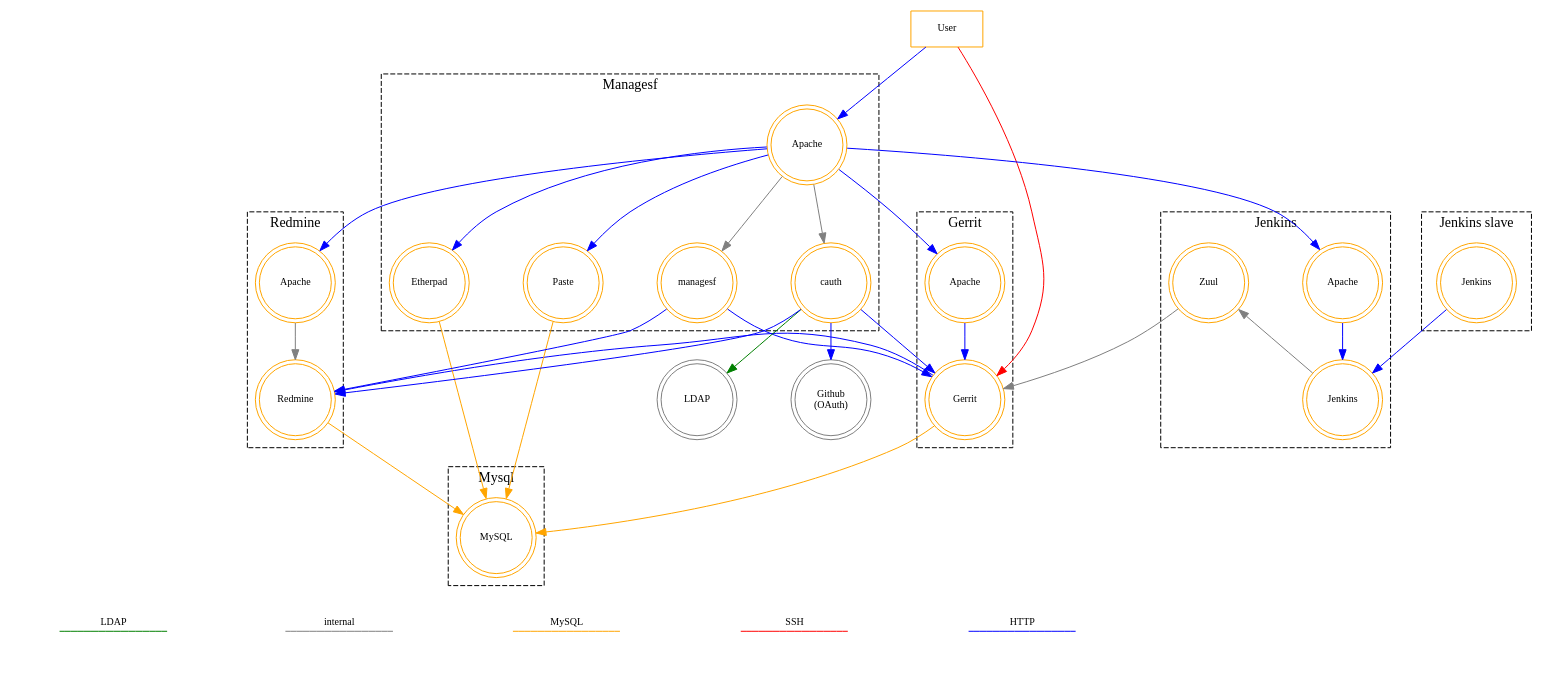
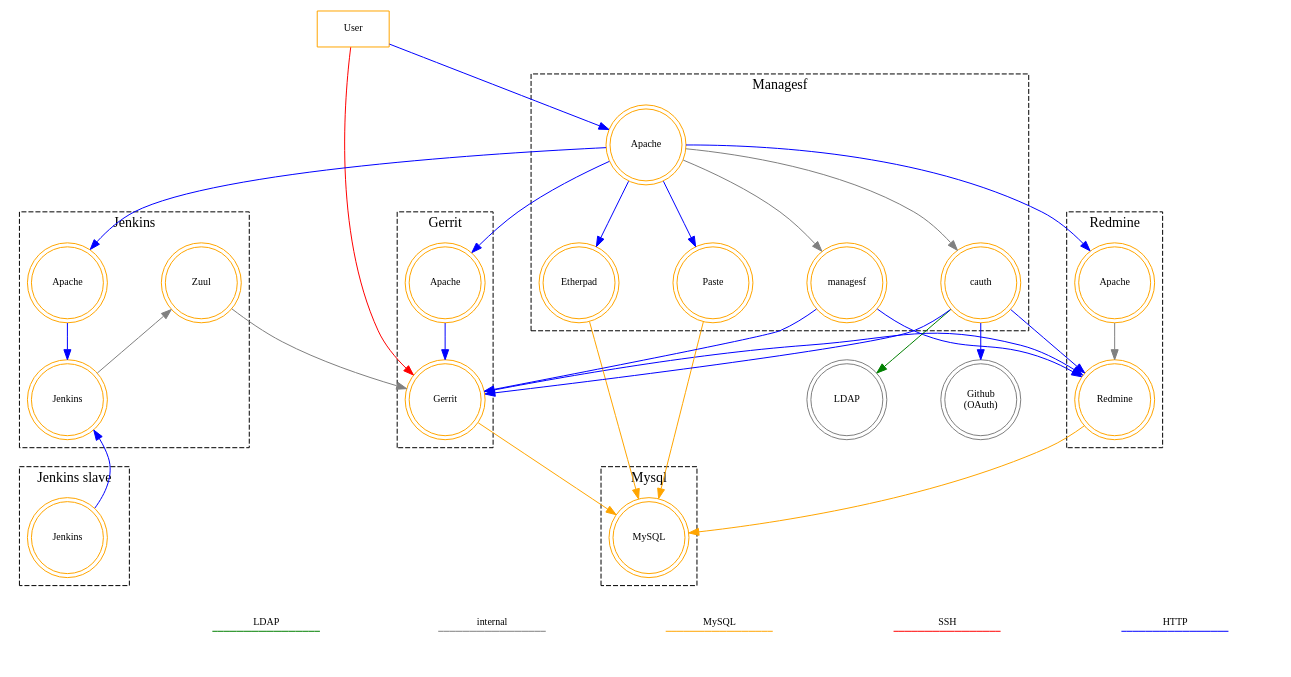
One commit to redhat-cip/software-factory changed the diagram in docs/components.dot. Above: the diagram before and after it, drawn with Graphviz. The commit also changed 2 other files, not shown here.

Commit message:
Improve graphs

```diff
--- a/docs/components.dot
+++ b/docs/components.dot
@@ -1,119 +1,120 @@
 digraph {
     # General settings
     nodesep = 0.75
     node [shape=doublecircle,color=orange,fontsize=10,width=1.0]
     edge [fontsize=10];
 
     # Node definitions
     "User" [shape=box];
     "LDAP" [color=gray];
     "Github" [color=gray label="Github\n(OAuth)"];
 
     subgraph cluster_agenda {
         # We fake an agenda here by making the nodes invisible,
         # showing only the edges with a label
         style=invis;
 
         node [fontsize=0 width=0 style=invis]
 
         {rank=same; h1; h2;}
         h1 -> h2 [label="HTTP" color="blue" dir=none];
 
         {rank=same; s1; s2;}
         s1 -> s2 [label="SSH" color="red" dir=none];
 
         {rank=same; m1; m2;}
         m1 -> m2 [label="MySQL" color="orange" dir=none];
 
         {rank=same; i1; i2;}
         i1 -> i2 [label="internal" color="gray" dir=none];
 
         {rank=same; l1; l2;}
         l1 -> l2 [label="LDAP" color="green" dir=none];
     }
 
     subgraph cluster_gerrit {
         style = dashed;
         label="Gerrit";
         "Gerrit";
         "GerritApache" [label="Apache"];
     }
 
     subgraph cluster_jenkins {
         style = dashed;
         label="Jenkins";
         "master" [label="Jenkins"];
         "JenkinsApache" [label="Apache"];
         "Zuul";
     }
 
     subgraph cluster_redmine {
         style = dashed;
         label="Redmine";
         "Redmine";
         "RedmineApache" [label="Apache"];
     }
 
     subgraph cluster_mysql {
         style = dashed;
         label="Mysql";
         "MySQL";
     }
 
     subgraph cluster_slave {
         style = dashed;
         label="Jenkins slave";
         "slave" [label="Jenkins"];
     }
 
     subgraph cluster_managesf {
         style = dashed;
         label="Managesf";
         "Apache";
         "Etherpad";
         "Paste";
         "managesf";
         "cauth";
     }
 
     # Now all the connections (edges) between the nodes
 
     edge [color=blue];
     "User" -> "Apache";
     "Apache" -> "Etherpad";
     "Apache" -> "Paste";
     "Apache" -> "GerritApache";
     "Apache" -> "JenkinsApache";
     "Apache" -> "RedmineApache";
     "GerritApache" -> "Gerrit";
     "JenkinsApache" -> "master";
-    "slave" -> "master";
+    "slave" -> "master" [constraint=False];
+    "master" -> "slave" [style=invis];
     "cauth" -> "Github";
     "cauth" -> "Redmine";
     "cauth" -> "Gerrit";
     "managesf" -> "Redmine";
     "managesf" -> "Gerrit";
     "Gerrit" -> "Redmine" [constraint=False];
 
     edge [color=red];
     "User" -> "Gerrit";
 
     edge [color=orange];
     "Redmine" -> "MySQL";
     "Gerrit" -> "MySQL";
     "Etherpad" -> "MySQL";
     "Paste" -> "MySQL";
 
     edge [color=gray];
     "RedmineApache" -> "Redmine";
     "Apache" -> "cauth";
     "Apache" -> "managesf";
     "master" -> "Zuul" [constraint=False];
     "Zuul" -> "Gerrit";
 
     edge [color=green];
     "cauth" -> "LDAP";
 
     # This is a hack to push the agenda below the other nodes
     MySQL -> m1 [style=invis];
 }
```
